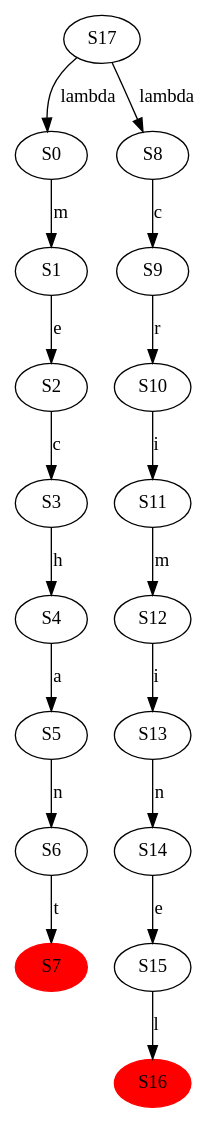
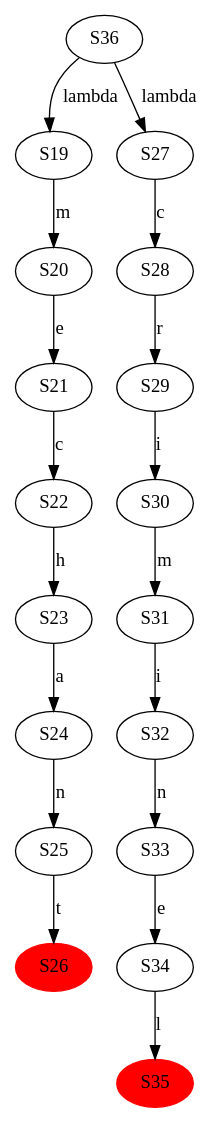
Before and after one commit to Adpa18/RushHell: the diagram in purgatory/etape6/union1.dot, drawn with Graphviz. The commit also changed 10 other files, not shown here.

```diff
--- a/purgatory/etape6/union1.dot
+++ b/purgatory/etape6/union1.dot
@@ -1,21 +1,21 @@
 digraph fsa {
-  S17 -> S0 [label="lambda"];
-  S17 -> S8 [label="lambda"];
-  S0 -> S1 [label="m"];
-  S1 -> S2 [label="e"];
-  S2 -> S3 [label="c"];
-  S3 -> S4 [label="h"];
-  S4 -> S5 [label="a"];
-  S5 -> S6 [label="n"];
-  S6 -> S7 [label="t"];
-  S7 [style="filled" color="red"]
-  S8 -> S9 [label="c"];
-  S9 -> S10 [label="r"];
-  S10 -> S11 [label="i"];
-  S11 -> S12 [label="m"];
-  S12 -> S13 [label="i"];
-  S13 -> S14 [label="n"];
-  S14 -> S15 [label="e"];
-  S15 -> S16 [label="l"];
-  S16 [style="filled" color="red"]
+  S36 -> S19 [label="lambda"];
+  S36 -> S27 [label="lambda"];
+  S19 -> S20 [label="m"];
+  S20 -> S21 [label="e"];
+  S21 -> S22 [label="c"];
+  S22 -> S23 [label="h"];
+  S23 -> S24 [label="a"];
+  S24 -> S25 [label="n"];
+  S25 -> S26 [label="t"];
+  S26 [style="filled" color="red"]
+  S27 -> S28 [label="c"];
+  S28 -> S29 [label="r"];
+  S29 -> S30 [label="i"];
+  S30 -> S31 [label="m"];
+  S31 -> S32 [label="i"];
+  S32 -> S33 [label="n"];
+  S33 -> S34 [label="e"];
+  S34 -> S35 [label="l"];
+  S35 [style="filled" color="red"]
 }
```
